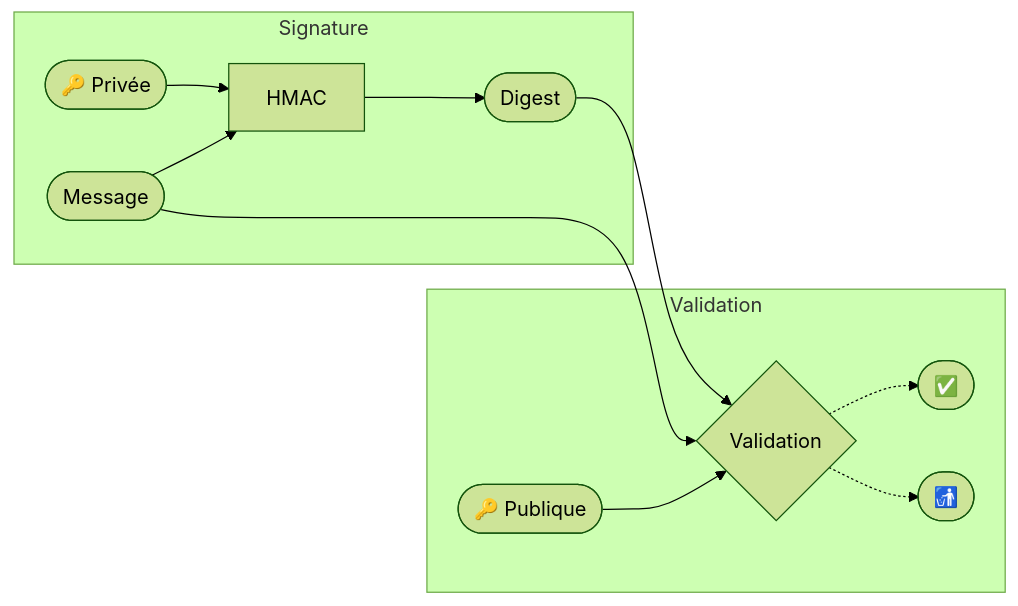
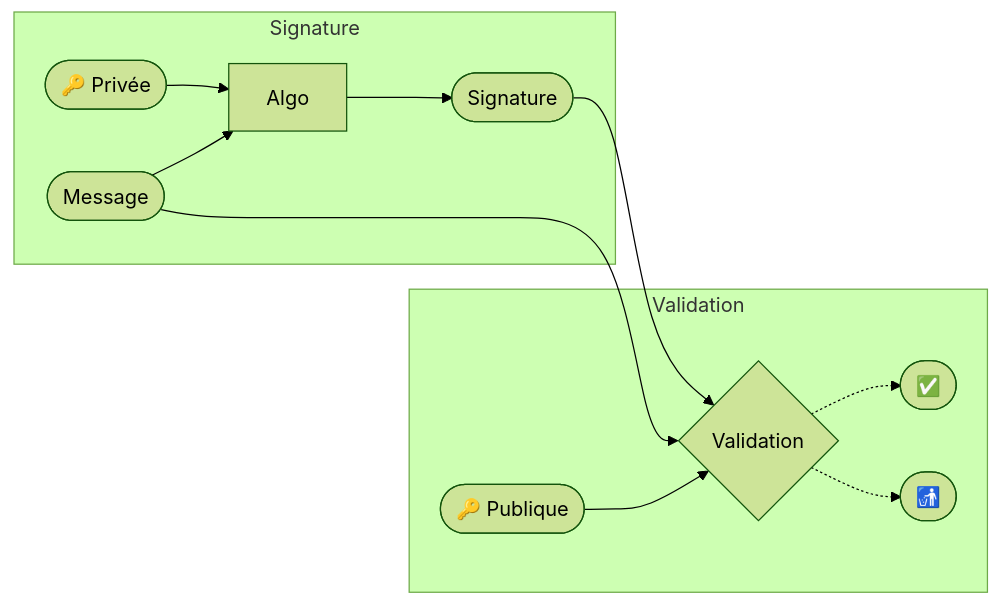
Before and after one commit to carboneater/code-signing-talk: the sixth of 9 diagrams in talk.md, drawn with Mermaid (forest theme). The commit also changed other lines of this file, not shown here.

````diff
--- a/talk.md
+++ b/talk.md
@@ -226,14 +232,14 @@
 ```mermaid
 flowchart LR
 
 subgraph Signature
-    PK(["🔑 Privée"]) --> H
-    M([Message]) --> H[HMAC] --> D([Digest])
+    PK(["🔑 Privée"]) --> A
+    M([Message]) --> A[Algo] --> S([Signature])
 end
 
 subgraph Validation
-    D --> V{Validation} -.-> O(["✅"])
+    S --> V{Validation} -.-> O(["✅"])
     M & Pub(["🔑 Publique"]) --> V
     V -.-> N(["🚮"])
 end
 ```
````
